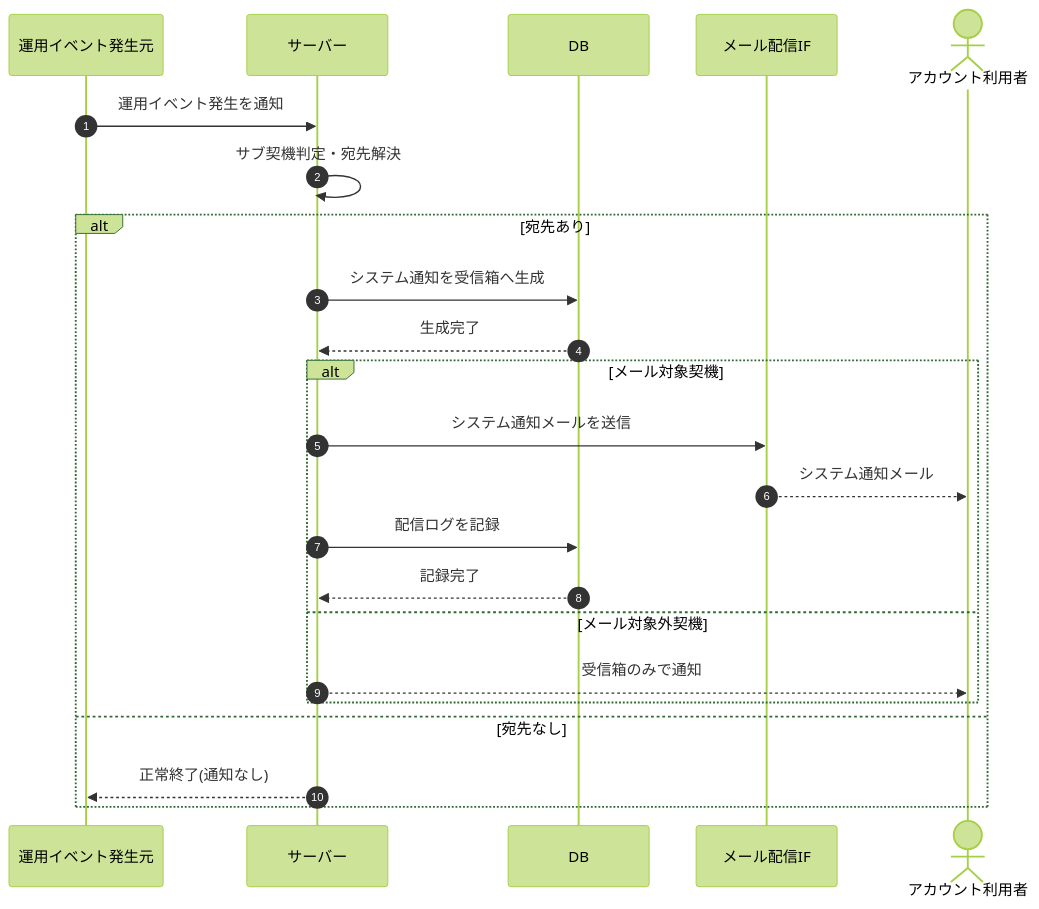
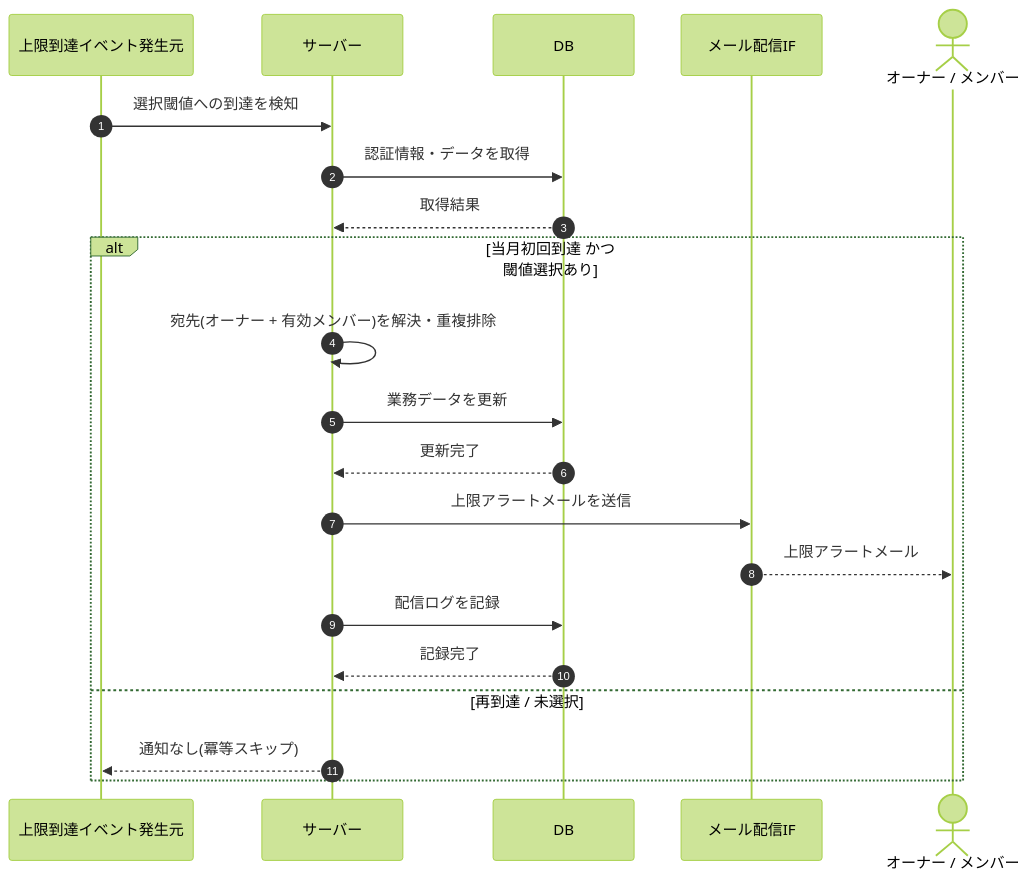
One commit to sikakou54/open-faq changed the diagram in 02_basic_design/03_sequences/SEQ-095.md. Above: the diagram before and after it, drawn with Mermaid (forest theme). The commit also changed other lines of this file and 395 other files, not shown here.

````diff
--- a/02_basic_design/03_sequences/SEQ-095.md
+++ b/02_basic_design/03_sequences/SEQ-095.md
@@ -25,25 +25,23 @@
 ```mermaid
 sequenceDiagram
   autonumber
-  participant E as 運用イベント発生元
+  participant G as 上限到達イベント発生元
   participant Server as サーバー
   participant DB as DB
   participant MAIL as メール配信IF
-  actor U as アカウント利用者
-  E->>Server: 運用イベント発生を通知
-  Server->>Server: サブ契機判定・宛先解決
-  alt 宛先あり
-    Server->>DB: システム通知を受信箱へ生成
-    DB-->>Server: 生成完了
-    alt メール対象契機
-      Server->>MAIL: システム通知メールを送信
-      MAIL-->>U: システム通知メール
-      Server->>DB: 配信ログを記録
-      DB-->>Server: 記録完了
-    else メール対象外契機
-      Server-->>U: 受信箱のみで通知
-    end
-  else 宛先なし
-    Server-->>E: 正常終了(通知なし)
+  actor U as オーナー / メンバー
+  G->>Server: 選択閾値への到達を検知
+  Server->>DB: 認証情報・データを取得
+  DB-->>Server: 取得結果
+  alt 当月初回到達 かつ 閾値選択あり
+    Server->>Server: 宛先(オーナー + 有効メンバー)を解決・重複排除
+    Server->>DB: 業務データを更新
+    DB-->>Server: 更新完了
+    Server->>MAIL: 上限アラートメールを送信
+    MAIL-->>U: 上限アラートメール
+    Server->>DB: 配信ログを記録
+    DB-->>Server: 記録完了
+  else 再到達 / 未選択
+    Server-->>G: 通知なし(冪等スキップ)
   end
 ```
````
